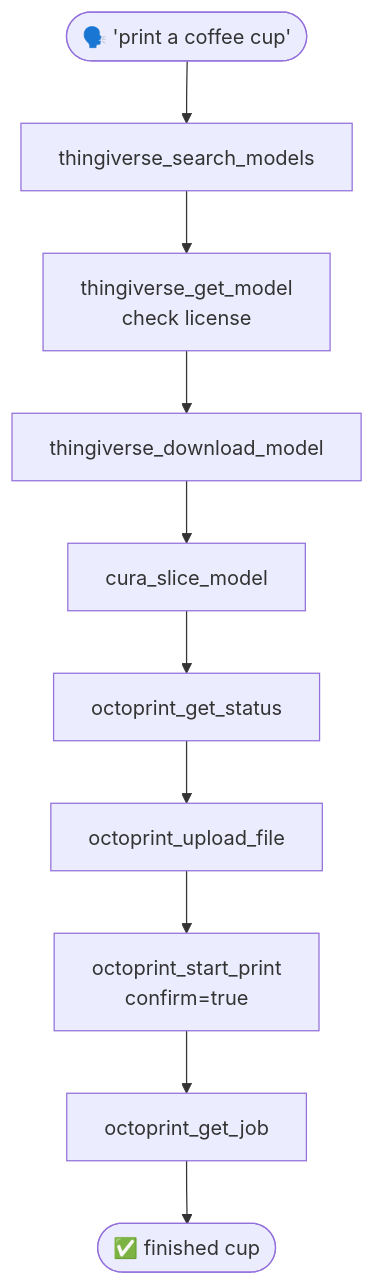
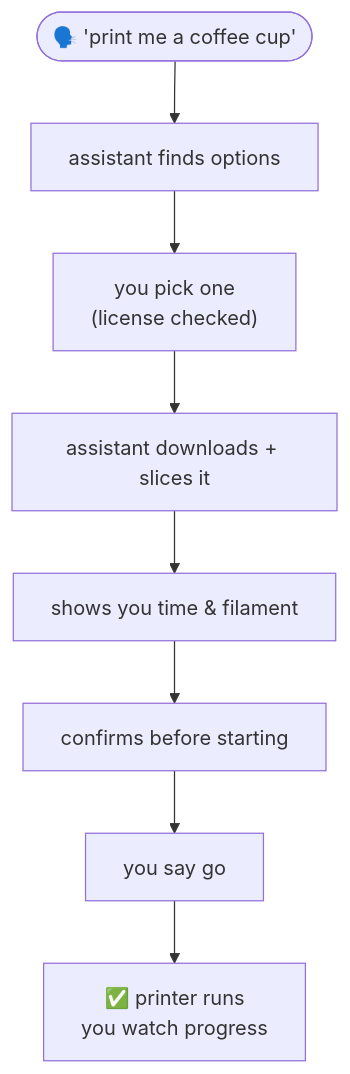
One commit to SourceBox-LLC/PrintMCP changed the diagram in docs/tutorials/04-end-to-end.md. Above: the diagram before and after it, drawn with Mermaid. The commit also changed other lines of this file and 10 other files, not shown here.

````diff
--- a/docs/tutorials/04-end-to-end.md
+++ b/docs/tutorials/04-end-to-end.md
@@ -15,12 +17,10 @@
 ```mermaid
 flowchart TD
-    A(["🗣️ 'print a coffee cup'"]) --> B["thingiverse_search_models"]
-    B --> C["thingiverse_get_model<br/>check license"]
-    C --> D["thingiverse_download_model"]
-    D --> E["cura_slice_model"]
-    E --> F["octoprint_get_status"]
-    F --> G["octoprint_upload_file"]
-    G --> H["octoprint_start_print<br/>confirm=true"]
-    H --> I["octoprint_get_job"]
-    I --> Z(["✅ finished cup"])
+    A(["🗣️ 'print me a coffee cup'"]) --> B["assistant finds options"]
+    B --> C["you pick one<br/>(license checked)"]
+    C --> D["assistant downloads + slices it"]
+    D --> E["shows you time & filament"]
+    E --> F["confirms before starting"]
+    F --> G["you say go"]
+    G --> H["✅ printer runs<br/>you watch progress"]
 ```
````
